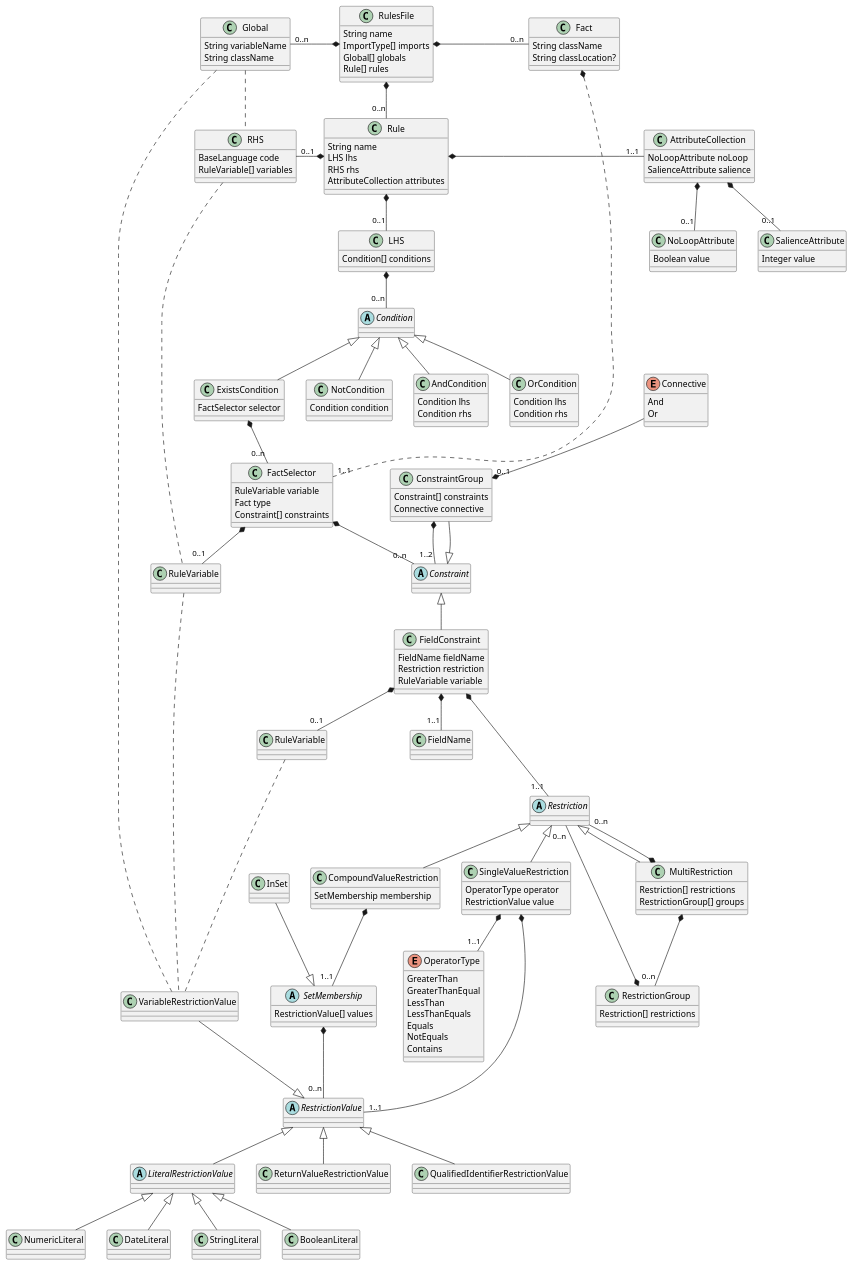
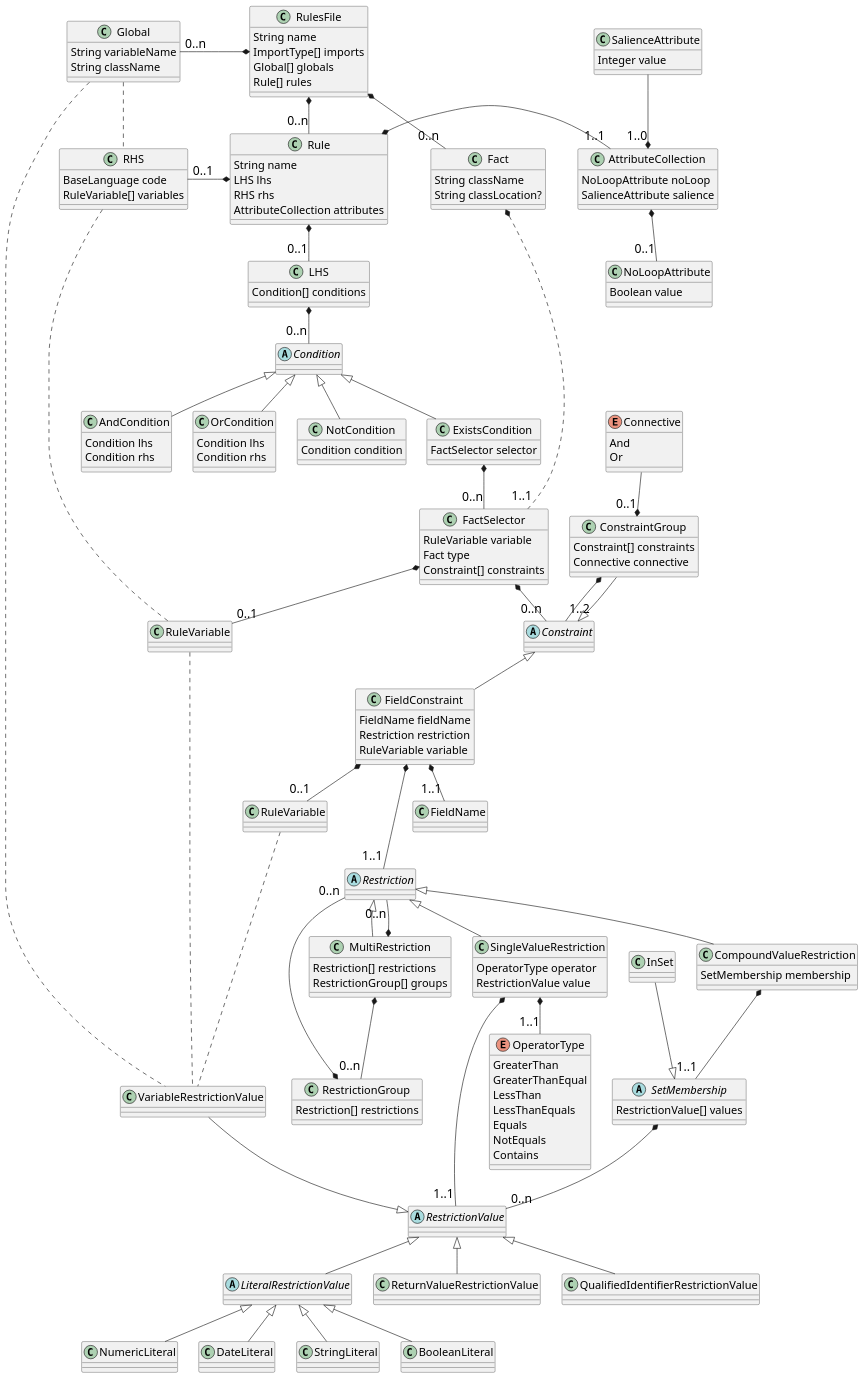
Before and after one commit to jewelEarthDeveloper/Thesis2021: the diagram in Thesis/Sections/images/DroolsLiteStructure.wsd, drawn with PlantUML. The commit also changed 25 other files, not shown here.

```diff
--- a/Thesis/Sections/images/DroolsLiteStructure.wsd
+++ b/Thesis/Sections/images/DroolsLiteStructure.wsd
@@ -1,4 +1,7 @@
 @startuml 
+    skinparam ClassFontSize 18
+    skinparam ClassAttributeFontSize 18
+    skinparam ArrowFontSize 20
 
     class RulesFile
         RulesFile : String name
@@ -35,9 +38,7 @@
         SalienceAttribute : Integer value
 
     AttributeCollection *-- "0..1" NoLoopAttribute 
-    AttributeCollection *-- "0..1" SalienceAttribute 
-
-
+    SalienceAttribute --* "1..0" AttributeCollection
 
     class RHS
         RHS : BaseLanguage code
```
